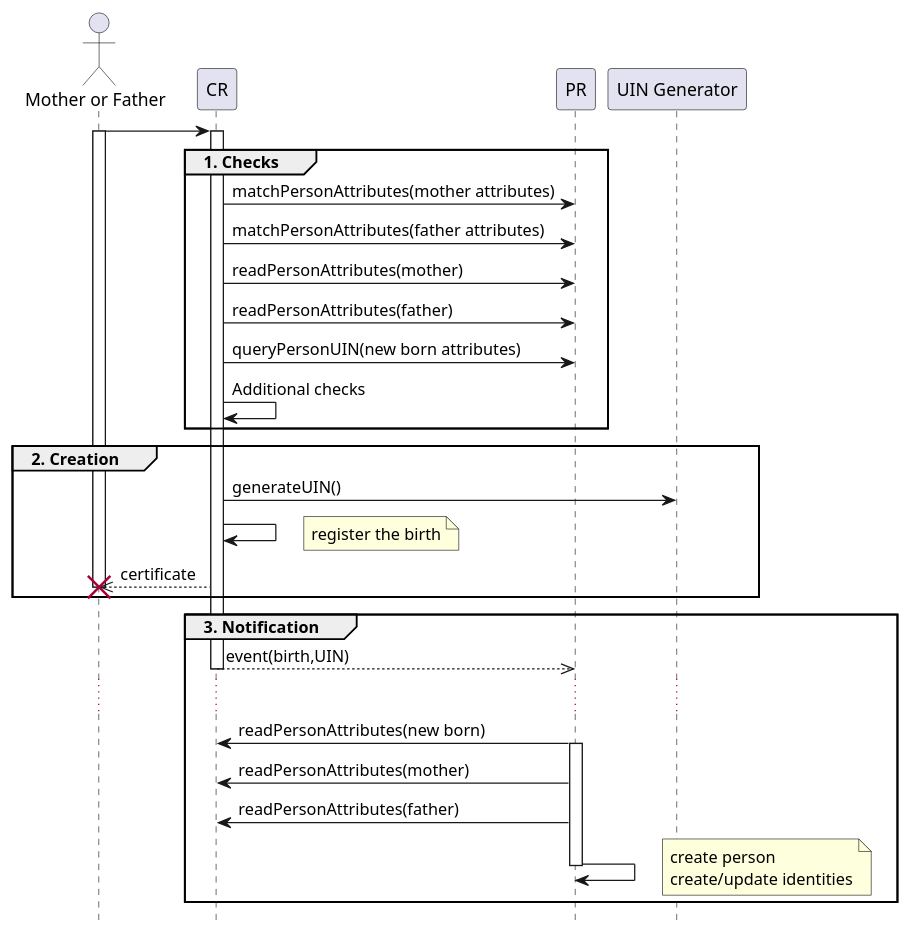
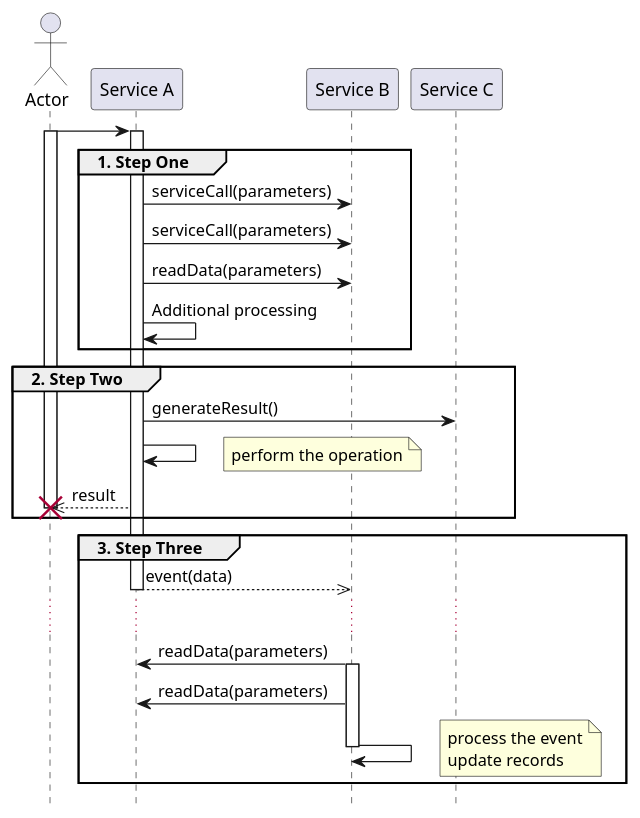
The diagram in src/doc/02 - functional.rst (debora-com/CUTEspecs), drawn with PlantUML before and after one commit. The commit also changed other lines of this file and 8 other files, not shown here.

```diff
--- a/src/doc/02 - functional.rst
+++ b/src/doc/02 - functional.rst
@@ -254,49 +175,46 @@
 .. uml::
-    :caption: Birth Use Case
+    :caption: Example Use Case
     :scale: 50%
 
     hide footbox
-    actor "Mother or Father" as parent
-    participant "CR" as CR
-    participant "PR" as PR
-    participant "UIN Generator" as UINGen
-    
-    parent -> CR
-    activate parent
-    activate CR
-    
-    group 1. Checks
-        CR -> PR: matchPersonAttributes(mother attributes)
-        CR -> PR: matchPersonAttributes(father attributes)
-        CR -> PR: readPersonAttributes(mother)
-        CR -> PR: readPersonAttributes(father)
-        CR -> PR: queryPersonUIN(new born attributes)
-        CR -> CR: Additional checks
+    actor "Actor" as actor
+    participant "Service A" as A
+    participant "Service B" as B
+    participant "Service C" as C
+
+    actor -> A
+    activate actor
+    activate A
+
+    group 1. Step One
+        A -> B: serviceCall(parameters)
+        A -> B: serviceCall(parameters)
+        A -> B: readData(parameters)
+        A -> A: Additional processing
     end
-    
-    group 2. Creation
-        CR -> UINGen: generateUIN()
-        CR -> CR
-        note right: register the birth
 
-        CR -->> parent: certificate
-        destroy parent
+    group 2. Step Two
+        A -> C: generateResult()
+        A -> A
+        note right: perform the operation
+
+        A -->> actor: result
+        destroy actor
     end
-    
-    group 3. Notification
-        CR -->> PR: event(birth,UIN)
-        deactivate CR
+
+    group 3. Step Three
+        A -->> B: event(data)
+        deactivate A
 
         ...
-        
-        PR -> CR: readPersonAttributes(new born)
-        activate PR
-        PR -> CR: readPersonAttributes(mother)
-        PR -> CR: readPersonAttributes(father)
-        PR -> PR
+
+        B -> A: readData(parameters)
+        activate B
+        B -> A: readData(parameters)
+        B -> B
         note right
-          create person
-          create/update identities
+          process the event
+          update records
         end note
-        deactivate PR
+        deactivate B
     end
```
